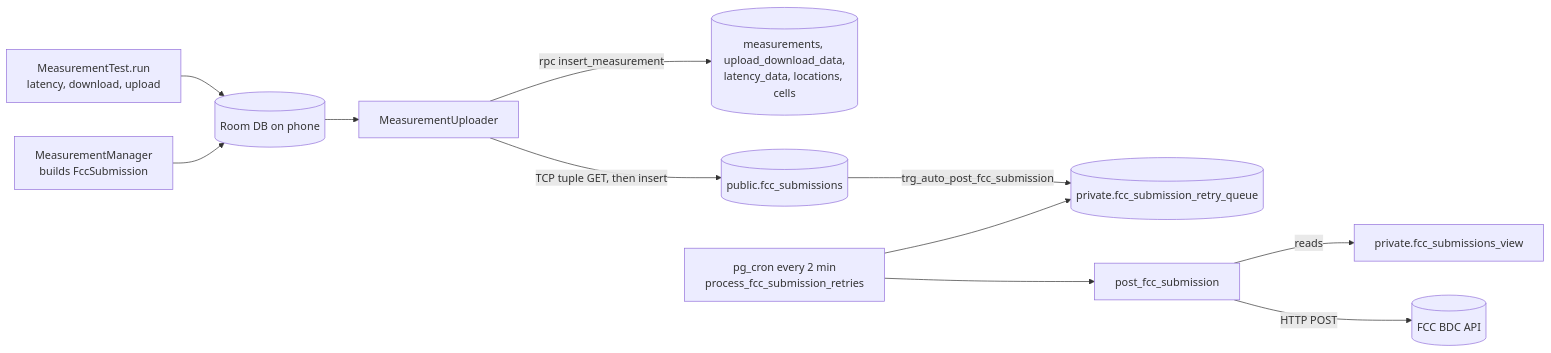
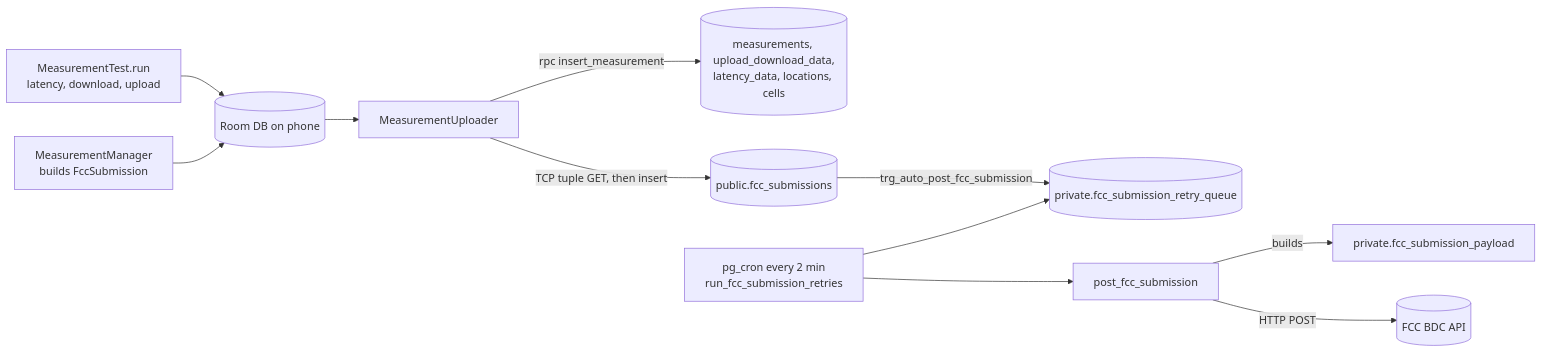
One commit to CellWatch/cellwatch-app changed the diagram in docs/fcc/bdc-spec-mapping.md. Above: the diagram before and after it, drawn with Mermaid. The commit also changed other lines of this file and 22 other files, not shown here.

````diff
--- a/docs/fcc/bdc-spec-mapping.md
+++ b/docs/fcc/bdc-spec-mapping.md
@@ -13,13 +13,13 @@
 ```mermaid
 flowchart LR
   A[MeasurementTest.run<br/>latency, download, upload] --> B[(Room DB on phone)]
   M[MeasurementManager<br/>builds FccSubmission] --> B
   B --> U[MeasurementUploader]
   U -- "rpc insert_measurement" --> T1[(measurements, upload_download_data,<br/>latency_data, locations, cells)]
   U -- "TCP tuple GET, then insert" --> T2[(public.fcc_submissions)]
   T2 -- "trg_auto_post_fcc_submission" --> Q[(private.fcc_submission_retry_queue)]
-  C[pg_cron every 2 min<br/>process_fcc_submission_retries] --> Q
+  C[pg_cron every 2 min<br/>run_fcc_submission_retries] --> Q
   C --> P[post_fcc_submission]
-  P -- "reads" --> V[private.fcc_submissions_view]
+  P -- "builds" --> V[private.fcc_submission_payload]
   P -- "HTTP POST" --> BDC[(FCC BDC API)]
 ```
````
